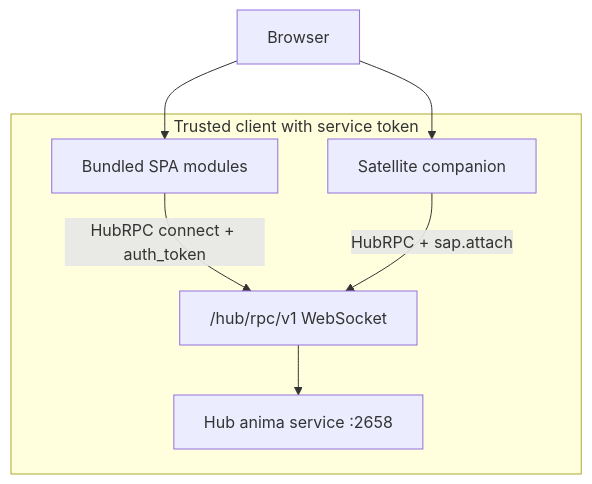
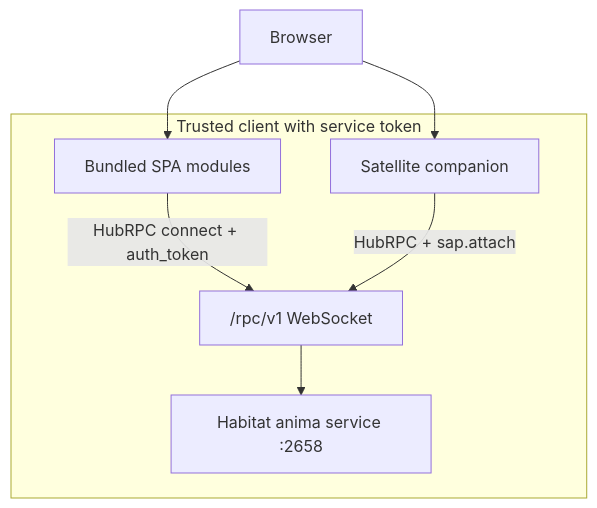
Before and after one commit to freeanima-org/freeanima: the diagram in docs/sap/security-model.md, drawn with Mermaid. The commit also changed other lines of this file and 933 other files, not shown here.

````diff
--- a/docs/sap/security-model.md
+++ b/docs/sap/security-model.md
@@ -11,15 +11,15 @@
 ```mermaid
 flowchart TB
   subgraph trusted [Trusted client with service token]
-    Hub["Hub anima service :2658"]
-    RpcEndpoint["/hub/rpc/v1 WebSocket"]
+    Habitat["Habitat anima service :2658"]
+    RpcEndpoint["/rpc/v1 WebSocket"]
     Bundled[Bundled SPA modules]
     SatA[Satellite companion]
   end
   Browser[Browser]
   Browser --> Bundled
   Browser --> SatA
   Bundled -->|"HubRPC connect + auth_token"| RpcEndpoint
   SatA -->|"HubRPC + sap.attach"| RpcEndpoint
-  RpcEndpoint --> Hub
+  RpcEndpoint --> Habitat
 ```
````
